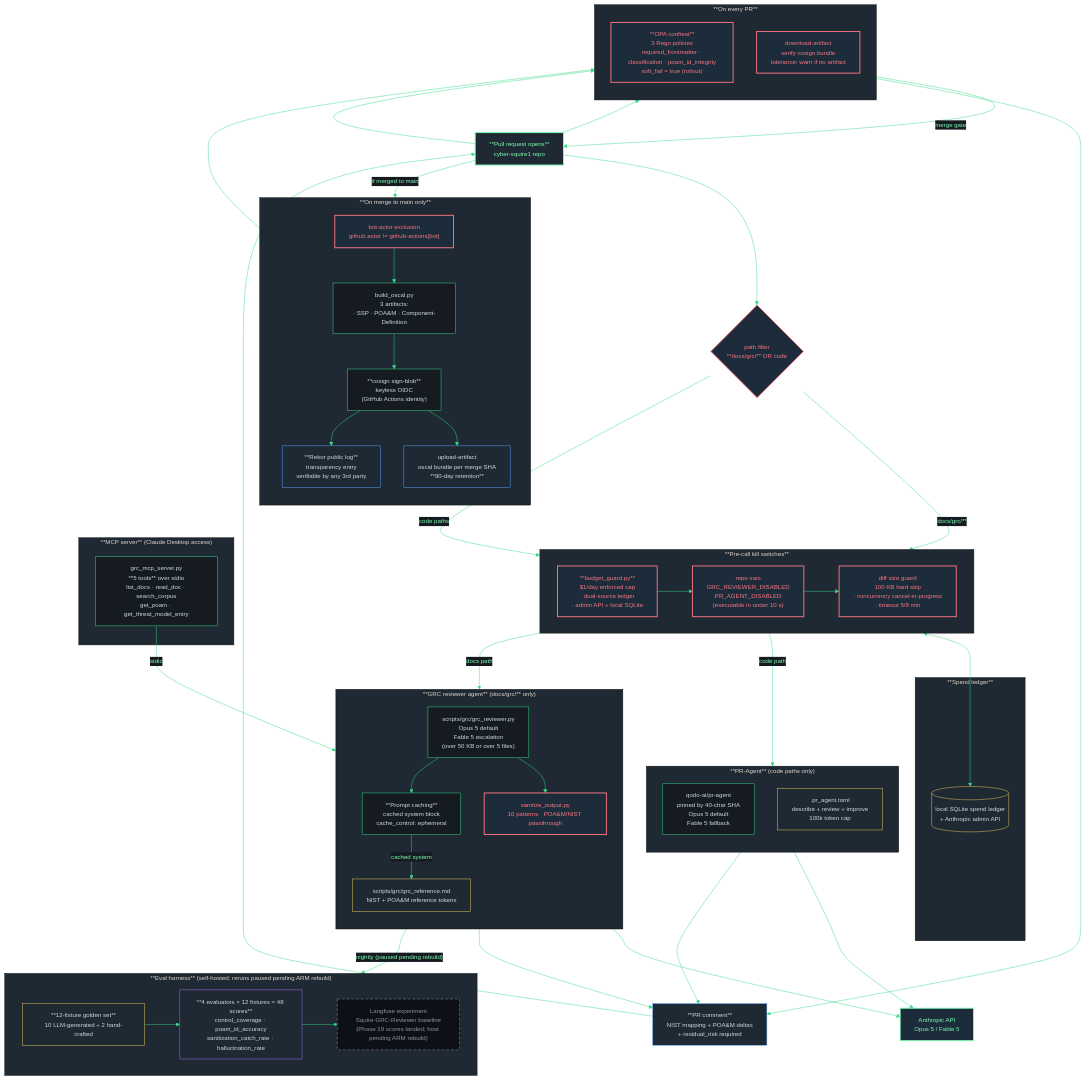
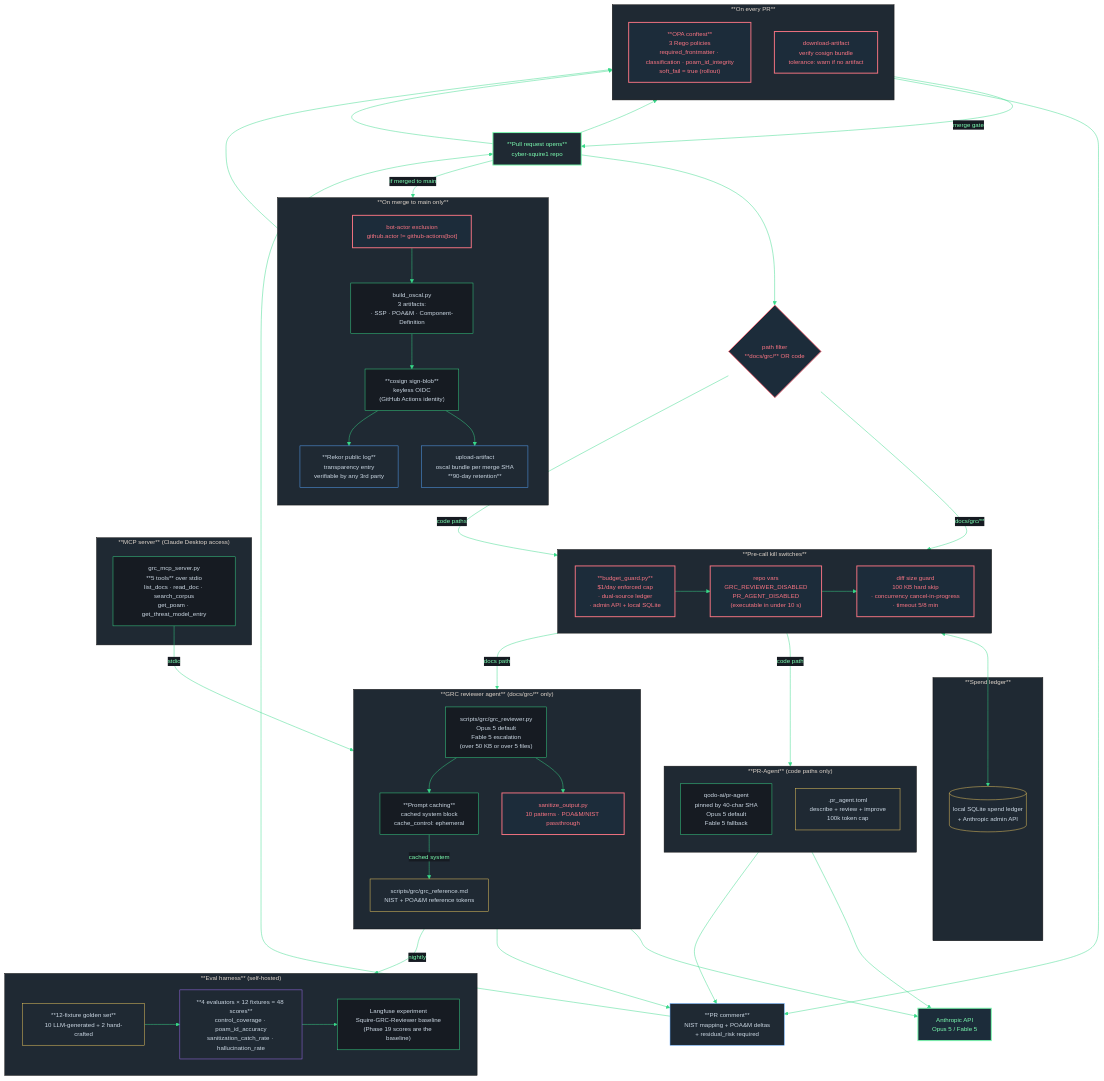
One commit to ET-sec/cyber-squire1 changed the second of 2 diagrams in docs/architecture/INFORMATION_FLOWS.md. Above: the diagram before and after it, drawn with Mermaid. The commit also changed other lines of this file and 22 other files, not shown here.

```diff
--- a/docs/architecture/INFORMATION_FLOWS.md
+++ b/docs/architecture/INFORMATION_FLOWS.md
@@ -189,7 +189,7 @@
   classDef store fill:#1f2933,stroke:#f2cc60,color:#cdd9e5
   classDef obs fill:#1f2933,stroke:#a371f7,color:#cdd9e5
   classDef out fill:#1f2933,stroke:#58a6ff,color:#cdd9e5
-  classDef pending fill:#0d1117,stroke:#8b949e,color:#8b949e,stroke-dasharray:6 4
+  classDef tier fill:#161b22,stroke:#39d98a,color:#cdd9e5
 
   PR["**Pull request opens**<br/>cyber-squire1 repo"]:::src
 
@@ -235,10 +235,10 @@
     DDLOAD["download-artifact<br/>verify cosign bundle<br/>tolerance: warn if no artifact"]:::gate
   end
 
-  subgraph EVAL["**Eval harness** (self-hosted; reruns paused pending ARM rebuild)"]
+  subgraph EVAL["**Eval harness** (self-hosted)"]
     direction LR
     GOLDEN["**12-fixture golden set**<br/>10 LLM-generated + 2 hand-crafted"]:::store
-    LFEXP["Langfuse experiment<br/>Squire-GRC-Reviewer baseline<br/>(Phase 19 scores landed; host pending ARM rebuild)"]:::pending
+    LFEXP["Langfuse experiment<br/>Squire-GRC-Reviewer baseline<br/>(Phase 19 scores are the baseline)"]:::tier
     EVALS["**4 evaluators × 12 fixtures = 48 scores**<br/>control_coverage · poam_id_accuracy<br/>sanitization_catch_rate · hallucination_rate"]:::obs
   end
 
@@ -280,7 +280,7 @@
   COSIGN --> UPLOAD
   UPLOAD --> DDLOAD
 
-  GRCREV -->|"nightly (paused pending rebuild)"| EVALS
+  GRCREV -->|nightly| EVALS
   EVALS --> LFEXP
   GOLDEN --> EVALS
 
```
